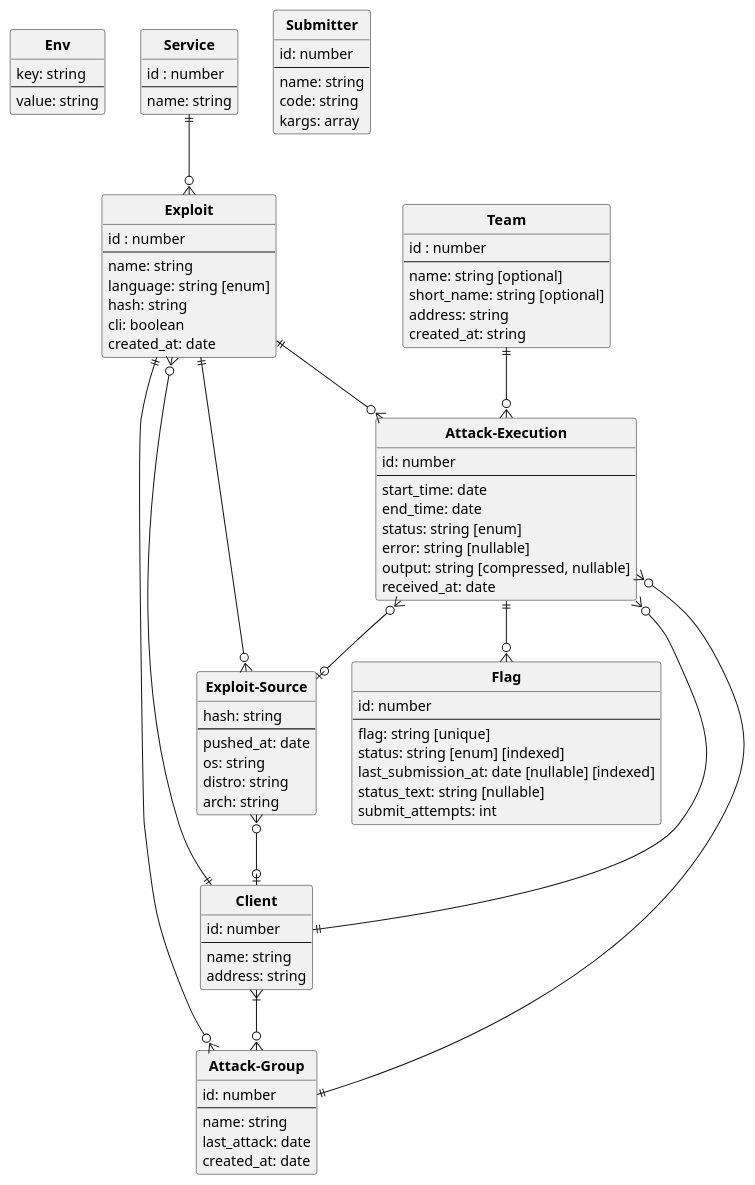
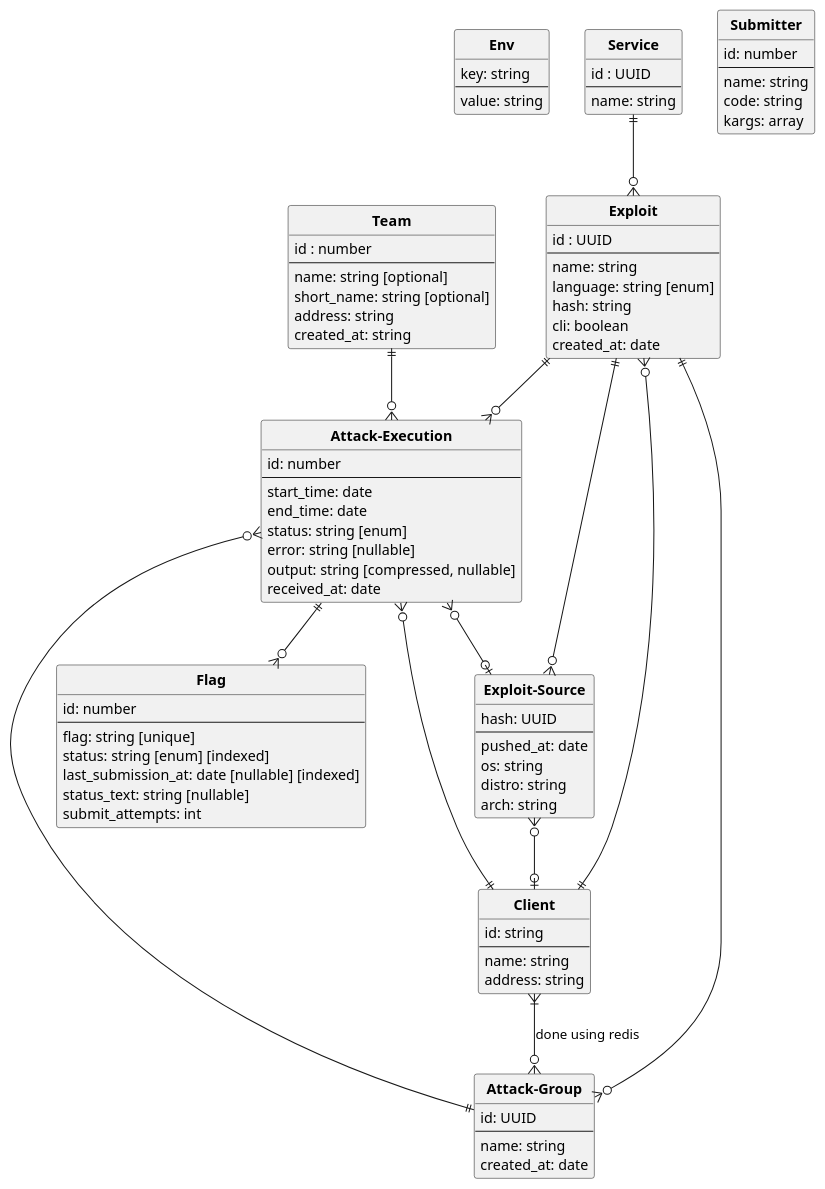
Before and after one commit to BunkyoWesterns/BunkyoFarm: the diagram in docs/db.puml, drawn with PlantUML. The commit also changed 17 other files, not shown here.

```diff
--- a/docs/db.puml
+++ b/docs/db.puml
@@ -1,104 +1,103 @@
 @startuml er-schema
 
 hide circle
 
 
 entity "**Env**" as env {
     key: string
     --
     value: string
 }
 
 entity "**Exploit**" as exploit{
-    id : number
+    id : UUID
     --
     name: string
     language: string [enum]
     hash: string
     cli: boolean
     created_at: date
 }
 
 entity "**Flag**" as flag{
     id: number
     --
     flag: string [unique]
     status: string [enum] [indexed]
     last_submission_at: date [nullable] [indexed]
     status_text: string [nullable]
     submit_attempts: int
 }
 
 entity "**Attack-Execution**" as attack{
     id: number
     --
     start_time: date
     end_time: date
     status: string [enum]
     error: string [nullable]
     output: string [compressed, nullable]
     received_at: date
 }
 
 entity "**Client**" as client{
-    id: number
+    id: string
     --
     name: string
     address: string
 }
 
 entity "**Service**" as service{
-    id : number
+    id : UUID
     --
     name: string
 }
 
 entity "**Team**" as team{
     id : number
     --
     name: string [optional]
     short_name: string [optional]
     address: string
     created_at: string
 }
 
 entity "**Submitter**" as submitter{
     id: number
     --
     name: string
     code: string
     kargs: array 
 }
 
 entity "**Exploit-Source**" as exploit_source{
-    hash: string
+    hash: UUID
     --
     pushed_at: date
     os: string
     distro: string
     arch: string
 }
 
 entity "**Attack-Group**" as attack_group{
-    id: number
+    id: UUID
     --
     name: string
-    last_attack: date
     created_at: date
 }
     
 
 service ||--o{ exploit
 team ||--o{ attack
 client ||--o{ exploit
 client ||--o{ attack
 exploit ||--o{ attack
 attack ||--o{ flag
 exploit ||--o{ exploit_source
 attack_group ||--o{ attack
 exploit ||--o{ attack_group
-client }|--o{ attack_group
+client }|--o{ attack_group : done using redis
 attack }o--o| exploit_source
 exploit_source }o--o| client
 
 @enduml
```
